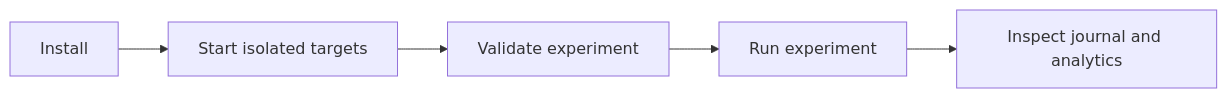
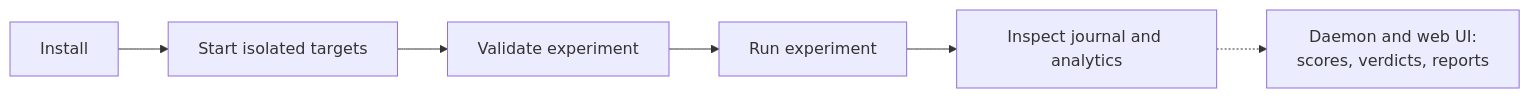
One commit to mwigge/tumult changed the diagram in QUICKSTART.md. Above: the diagram before and after it, drawn with Mermaid. The commit also changed other lines of this file and 9 other files, not shown here.

````diff
--- a/QUICKSTART.md
+++ b/QUICKSTART.md
@@ -24,9 +28,10 @@
 ```mermaid
 flowchart LR
     accTitle: Tumult quickstart path
-    accDescr: Install Tumult, start isolated targets, validate and run an experiment, then inspect the journal and analytics results.
+    accDescr: Install Tumult, start isolated targets, validate and run an experiment, then inspect the journal and analytics results. The same evidence can then be read in the daemon and its web UI as scores, verdicts and reports.
     install[Install] --> targets[Start isolated targets]
     targets --> validate[Validate experiment]
     validate --> run[Run experiment]
     run --> inspect[Inspect journal and analytics]
+    inspect -.-> platform[Daemon and web UI:<br>scores, verdicts, reports]
 ```
````
